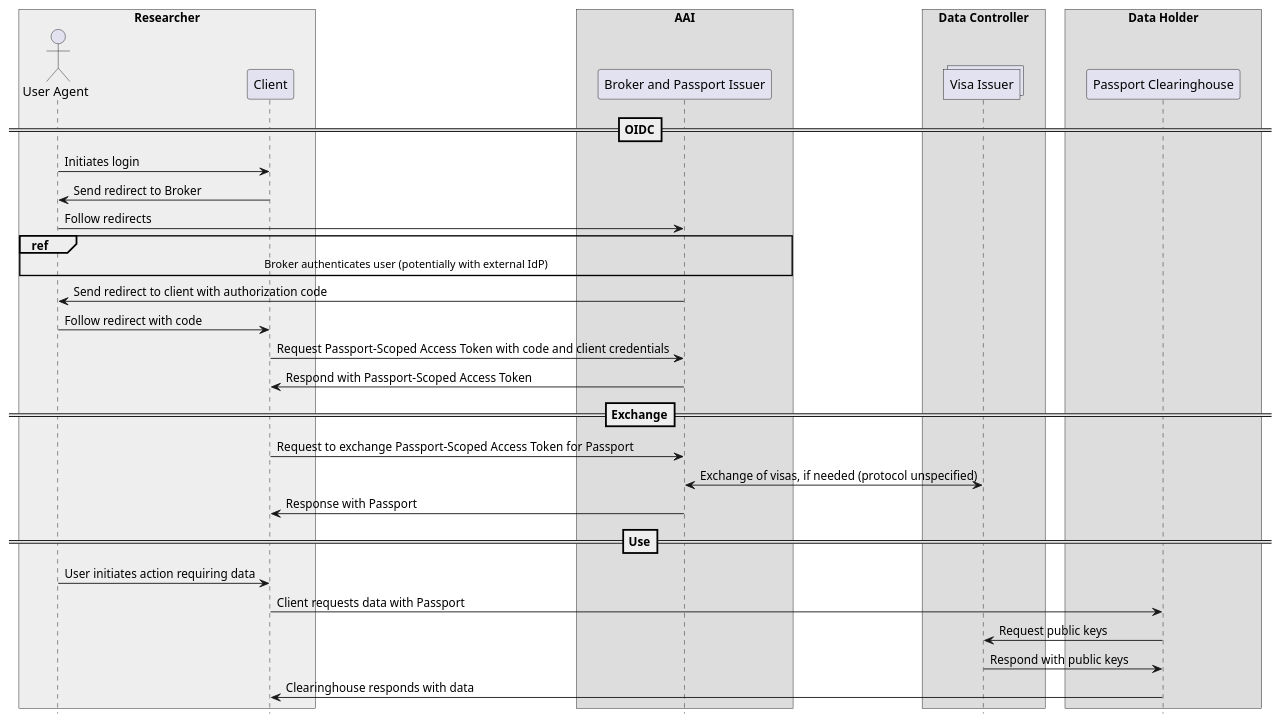
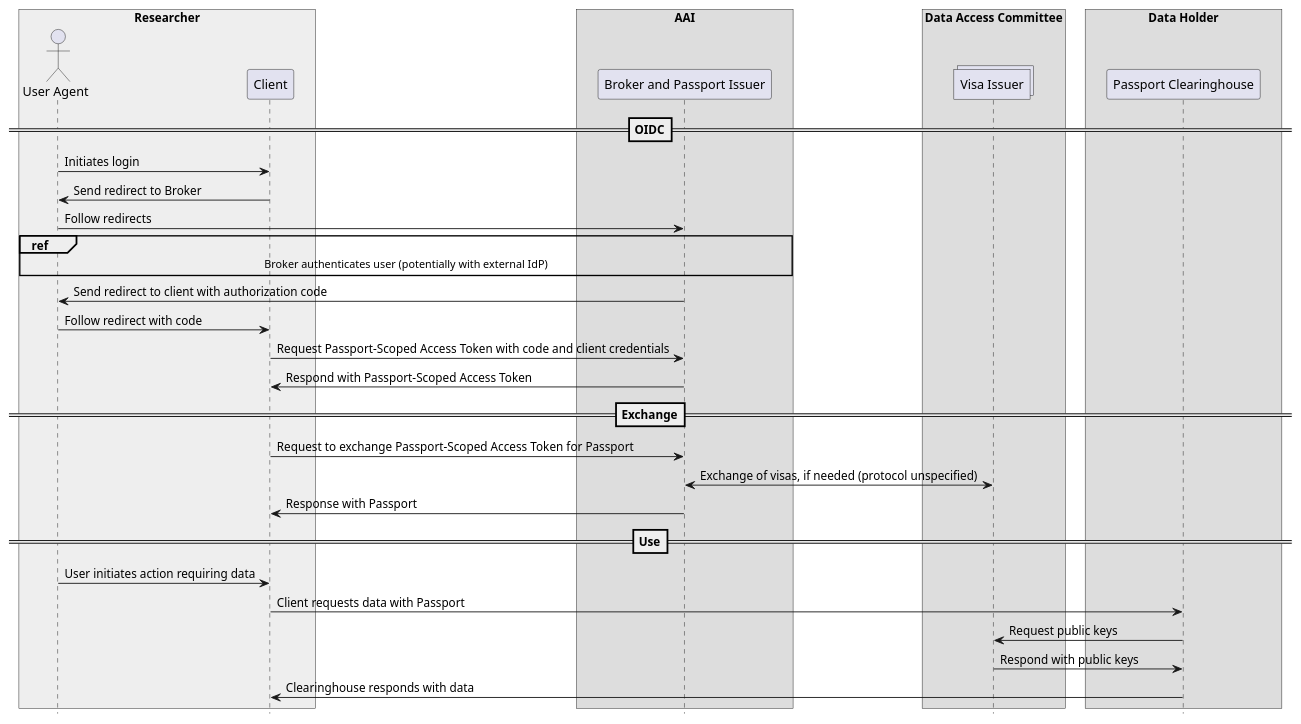
One commit to ga4gh/data-security changed the first of 3 diagrams in AAI/AAIConnectProfile.md. Above: the diagram before and after it, drawn with PlantUML. The commit also changed other lines of this file, not shown here.

```diff
--- a/AAI/AAIConnectProfile.md
+++ b/AAI/AAIConnectProfile.md
@@ -281,51 +282,51 @@
 {% plantuml %}
 
 hide footbox
 skinparam BoxPadding 10
 skinparam ParticipantPadding 20
 
 box "Researcher"  #eee
 actor       "User Agent"                as user
 participant Client                      as client
 end box
 
 box "AAI"
 participant "Broker and Passport Issuer"                      as broker
 end box
 
-box "Data Controller"
+box "Data Access Committee"
 collections "Visa Issuer"            as issuer
 end box
 
 box "Data Holder"
 participant "Passport Clearinghouse"            as clearing
 end box
 
 ==OIDC==
 
 user -> client : Initiates login
 client -> user : Send redirect to Broker
 user -> broker : Follow redirects
 ref over user, client, broker
 Broker authenticates user (potentially with external IdP)
 end ref
 broker -> user : Send redirect to client with authorization code
 user -> client : Follow redirect with code
 client -> broker : Request Passport-Scoped Access Token with code and client credentials
 broker -> client : Respond with Passport-Scoped Access Token
 
 ==Exchange==
 
 client -> broker : Request to exchange Passport-Scoped Access Token for Passport
 broker <-> issuer : Exchange of visas, if needed (protocol unspecified)
 client <- broker : Response with Passport
 
 ==Use==
 
 user -> client : User initiates action requiring data
 client -> clearing : Client requests data with Passport
 clearing -> issuer : Request public keys
 issuer -> clearing : Respond with public keys
 client <- clearing : Clearinghouse responds with data
 
 {% endplantuml %}
```
